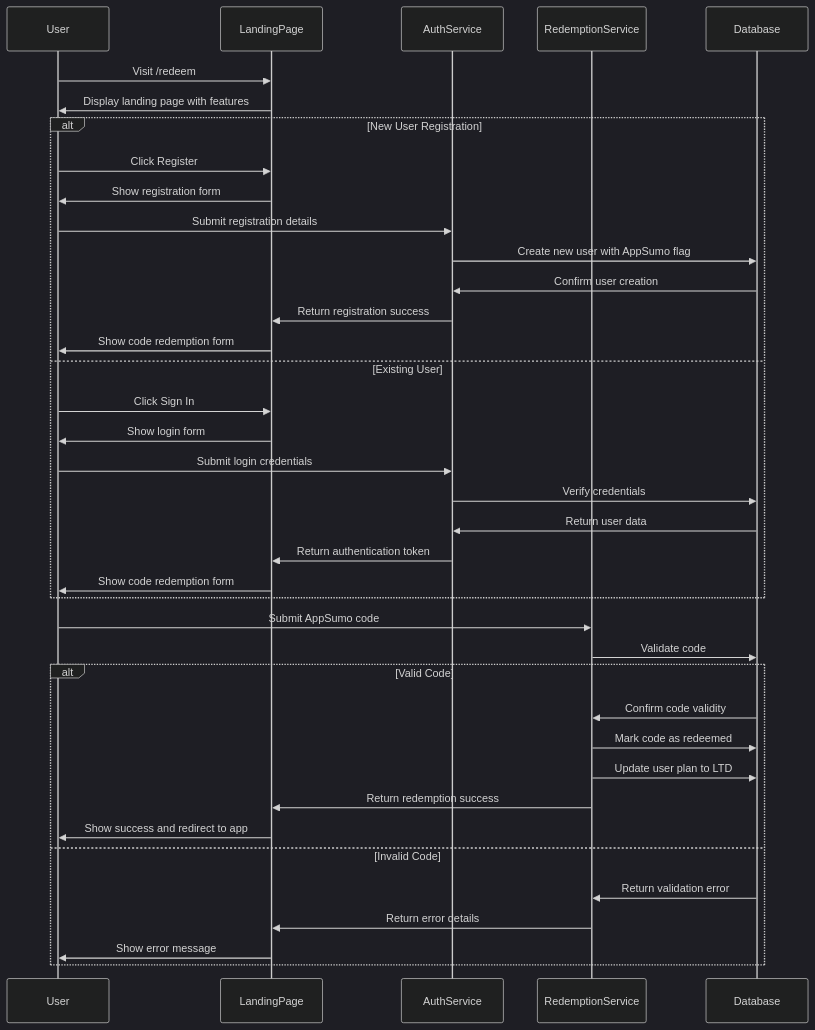
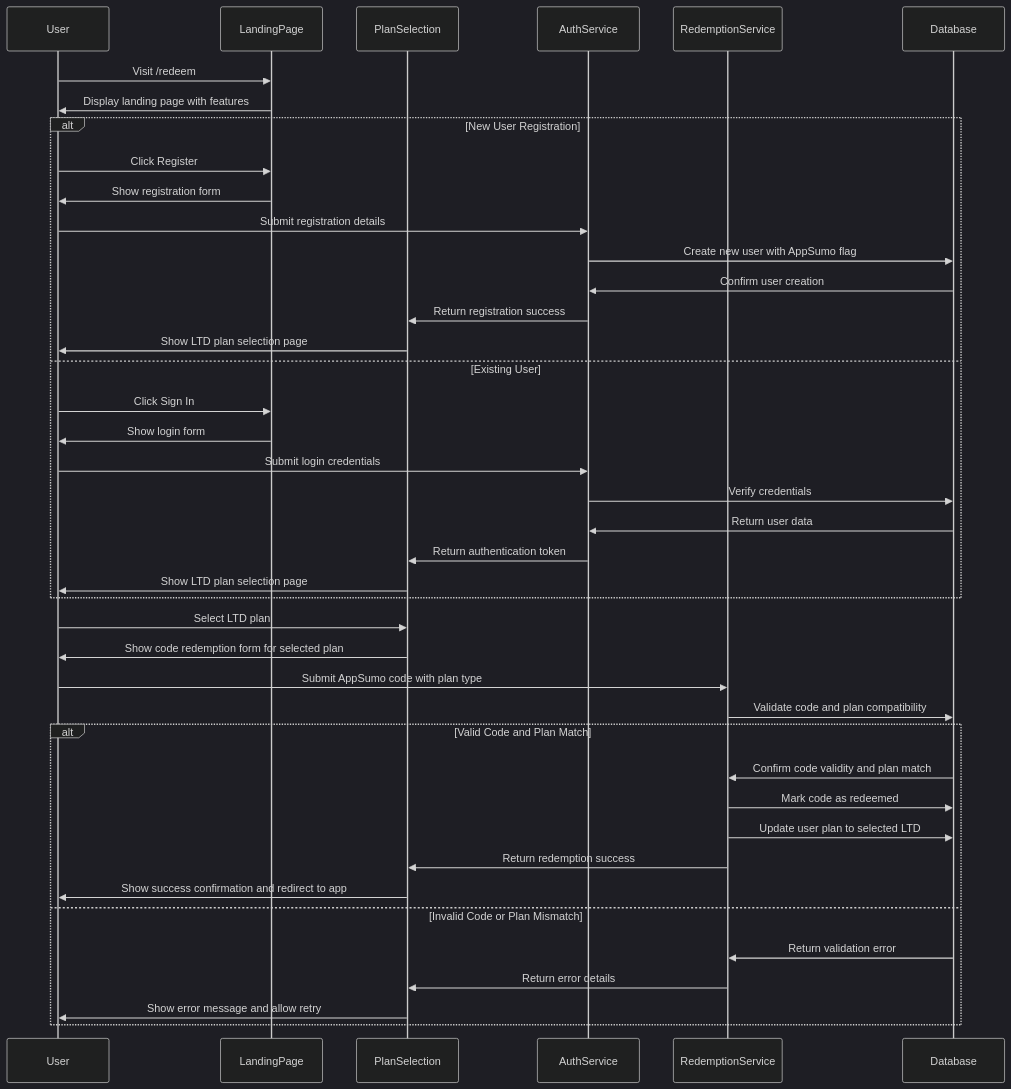
One commit to mamulovable/spendify changed the diagram in .kiro/specs/appsumo-ltd-landing/design.md. Above: the diagram before and after it, drawn with Mermaid (dark theme). The commit also changed other lines of this file and 16 other files, not shown here.

````diff
--- a/.kiro/specs/appsumo-ltd-landing/design.md
+++ b/.kiro/specs/appsumo-ltd-landing/design.md
@@ -172,44 +374,48 @@
 ```mermaid
 sequenceDiagram
     participant User
     participant LandingPage
+    participant PlanSelection
     participant AuthService
     participant RedemptionService
     participant Database
     
     User->>LandingPage: Visit /redeem
     LandingPage->>User: Display landing page with features
     
     alt New User Registration
         User->>LandingPage: Click Register
         LandingPage->>User: Show registration form
         User->>AuthService: Submit registration details
         AuthService->>Database: Create new user with AppSumo flag
         Database->>AuthService: Confirm user creation
-        AuthService->>LandingPage: Return registration success
-        LandingPage->>User: Show code redemption form
+        AuthService->>PlanSelection: Return registration success
+        PlanSelection->>User: Show LTD plan selection page
     else Existing User
         User->>LandingPage: Click Sign In
         LandingPage->>User: Show login form
         User->>AuthService: Submit login credentials
         AuthService->>Database: Verify credentials
         Database->>AuthService: Return user data
-        AuthService->>LandingPage: Return authentication token
-        LandingPage->>User: Show code redemption form
+        AuthService->>PlanSelection: Return authentication token
+        PlanSelection->>User: Show LTD plan selection page
     end
     
-    User->>RedemptionService: Submit AppSumo code
-    RedemptionService->>Database: Validate code
+    User->>PlanSelection: Select LTD plan
+    PlanSelection->>User: Show code redemption form for selected plan
     
-    alt Valid Code
-        Database->>RedemptionService: Confirm code validity
+    User->>RedemptionService: Submit AppSumo code with plan type
+    RedemptionService->>Database: Validate code and plan compatibility
+    
+    alt Valid Code and Plan Match
+        Database->>RedemptionService: Confirm code validity and plan match
         RedemptionService->>Database: Mark code as redeemed
-        RedemptionService->>Database: Update user plan to LTD
-        RedemptionService->>LandingPage: Return redemption success
-        LandingPage->>User: Show success and redirect to app
-    else Invalid Code
+        RedemptionService->>Database: Update user plan to selected LTD
+        RedemptionService->>PlanSelection: Return redemption success
+        PlanSelection->>User: Show success confirmation and redirect to app
+    else Invalid Code or Plan Mismatch
         Database->>RedemptionService: Return validation error
-        RedemptionService->>LandingPage: Return error details
-        LandingPage->>User: Show error message
+        RedemptionService->>PlanSelection: Return error details
+        PlanSelection->>User: Show error message and allow retry
     end
 ```
````
